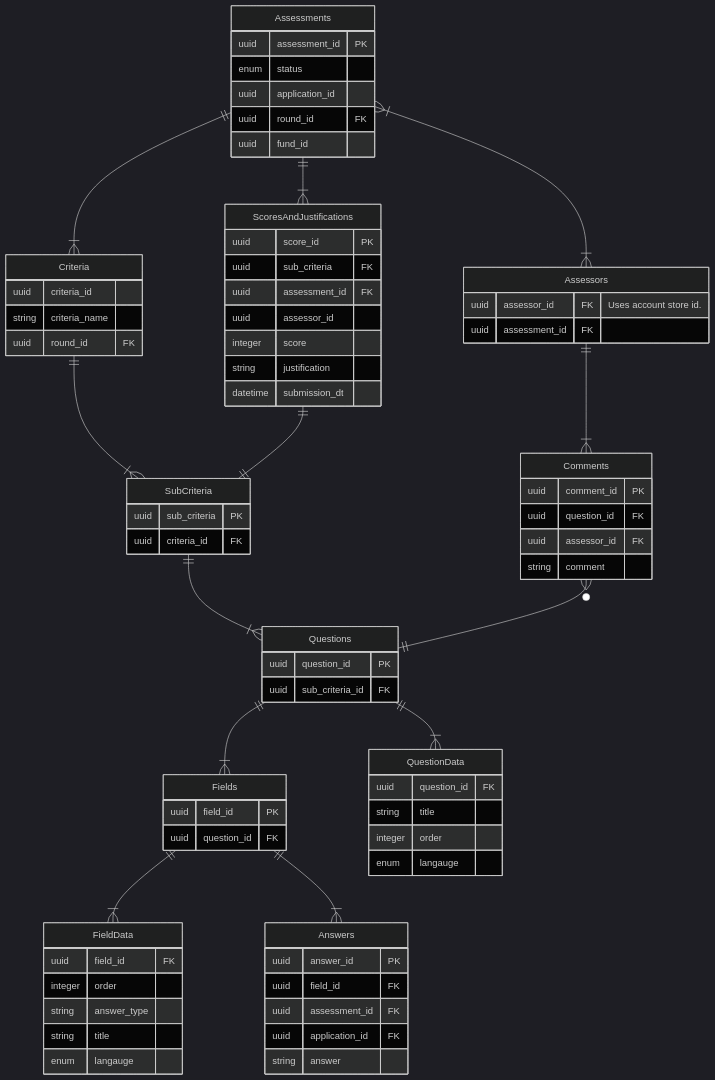
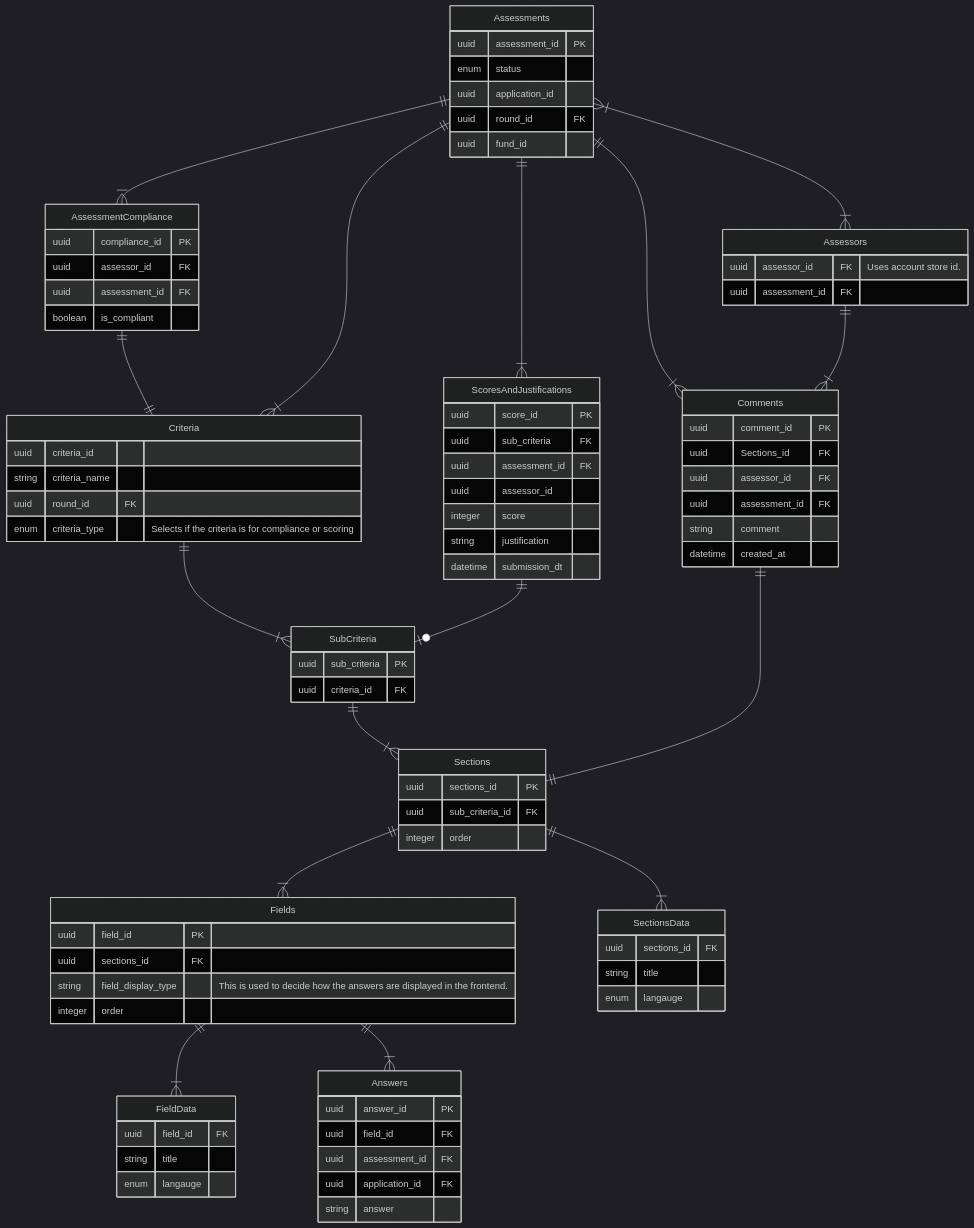
The diagram in diagrams/db_diagram.md (communitiesuk/funding-service-design-assessment-store), drawn with Mermaid (dark theme) before and after one commit.

````diff
--- a/diagrams/db_diagram.md
+++ b/diagrams/db_diagram.md
@@ -8,12 +8,12 @@
 		uuid criteria_id
 		string criteria_name
 		uuid round_id FK
+		enum criteria_type  "Selects if the criteria is for compliance or scoring"
 	}
 	Assessors {
 		uuid assessor_id FK "Uses account store id."
 		uuid assessment_id FK
 	}
-
 	Assessments {
 		uuid assessment_id PK
 		enum status
@@ -21,27 +21,26 @@
 		uuid round_id FK
 		uuid fund_id
 	}
-
-	Questions {
-		uuid question_id PK
-		uuid sub_criteria_id FK
+	Sections {
+		uuid sections_id PK	
+		uuid sub_criteria_id FK		
+		integer order
 	}
 	Fields {
 		uuid field_id PK
-		uuid question_id FK
+		uuid sections_id FK
+		string field_display_type "This is used to decide how the answers are displayed in the frontend."
+		integer order
 	}
-	QuestionData {
-		uuid question_id FK
+	SectionsData {
+		uuid sections_id FK
 		string title
-		integer order
 		enum langauge
 	}
 	FieldData {
 		uuid field_id FK
-		integer order
-		string answer_type
 		string title
-		enum langauge
+		enum langauge		
 	}
 	Answers {
 		uuid answer_id PK
@@ -59,22 +58,34 @@
 		string justification
 		datetime submission_dt
 	}
+	AssessmentCompliance {
+		uuid compliance_id PK
+		uuid assessor_id FK
+		uuid assessment_id FK
+		boolean is_compliant
+	}
 	Comments {
 		uuid comment_id PK
-		uuid question_id FK
+		uuid Sections_id FK
 		uuid assessor_id FK
+		uuid assessment_id FK
 		string comment
+		datetime created_at
 	}
+
 	Criteria ||--|{ SubCriteria : ""
-	SubCriteria ||--|{ Questions : ""
-	Questions ||--|{ Fields : ""
-	Questions ||--|{ QuestionData : ""
+	AssessmentCompliance ||--|| Criteria : ""
+	SubCriteria ||--|{ Sections : ""
+	Sections ||--|{ Fields : ""
+	Sections ||--|{ SectionsData : ""
 	Fields ||--|{ FieldData : ""
 	Fields ||--|{ Answers : ""
 	Assessments ||--|{ ScoresAndJustifications : ""
-	ScoresAndJustifications ||--|| SubCriteria : ""
+	ScoresAndJustifications ||--o| SubCriteria : ""
 	Assessments }|--|{ Assessors : ""
 	Assessments ||--|{ Criteria : ""
+	Assessments ||--|{ Comments : ""
+	Assessments ||--|{ AssessmentCompliance : ""
 	Assessors ||--|{ Comments : ""
-	Comments }o--|| Questions : ""
+	Comments ||--|| Sections : ""
 ```
````
